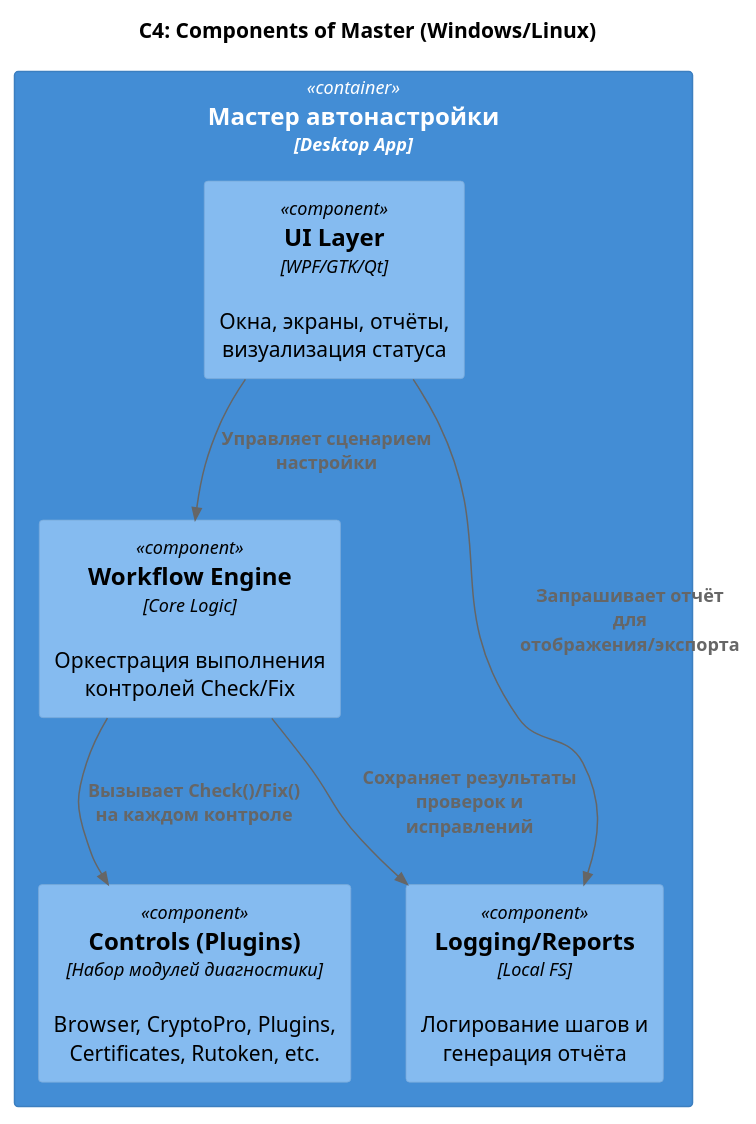
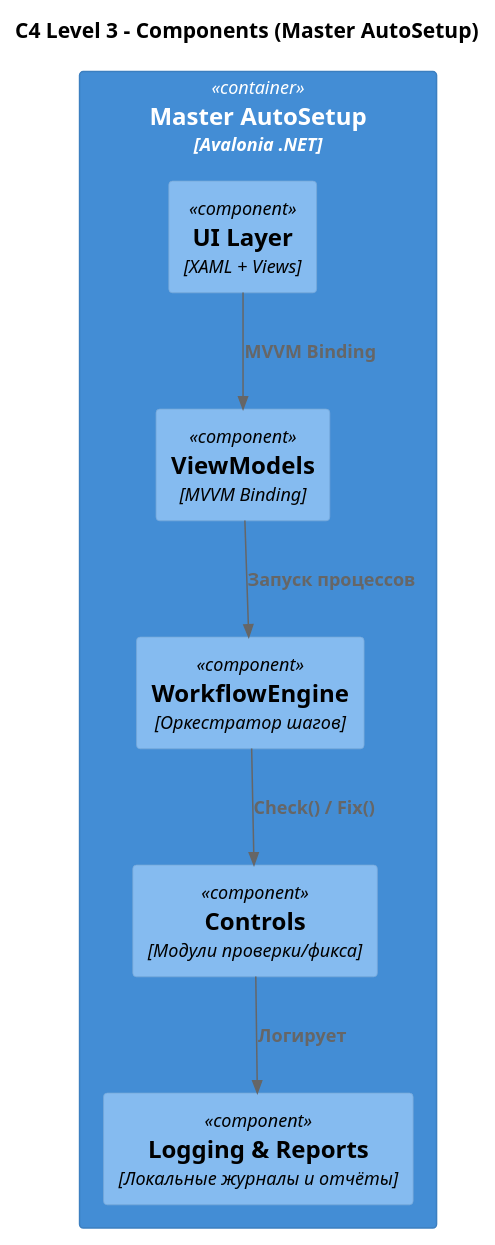
Before and after one commit to LobovVit/automatic_workplace_setup: the diagram in docs/c4/c4-level3-master-components.puml, drawn with PlantUML. The commit also changed 7 other files, not shown here.

```diff
--- a/docs/c4/c4-level3-master-components.puml
+++ b/docs/c4/c4-level3-master-components.puml
@@ -1,21 +1,20 @@
-@startuml c4-level3-master-components
+@startuml
 !include ./include/C4_Component.puml
-title C4: Components of Master (Windows/Linux)
 
-Container(master, "Мастер автонастройки", "Desktop App") {
+title C4 Level 3 – Components (Master AutoSetup)
 
-  Component(ui, "UI Layer", "WPF/GTK/Qt", "Окна, экраны, отчёты, визуализация статуса")
+Container(master, "Master AutoSetup", "Avalonia .NET") {
 
-  Component(workflow, "Workflow Engine", "Core Logic", "Оркестрация выполнения контролей Check/Fix")
-
-  Component(controls, "Controls (Plugins)", "Набор модулей диагностики", "Browser, CryptoPro, Plugins, Certificates, Rutoken, etc.")
-
-  Component(logging, "Logging/Reports", "Local FS", "Логирование шагов и генерация отчёта")
+  Component(ui, "UI Layer", "XAML + Views")
+  Component(vm, "ViewModels", "MVVM Binding")
+  Component(engine, "WorkflowEngine", "Оркестратор шагов")
+  Component(controls, "Controls", "Модули проверки/фикса")
+  Component(logging, "Logging & Reports", "Локальные журналы и отчёты")
 }
 
-Rel(ui, workflow, "Управляет сценарием настройки")
-Rel(workflow, controls, "Вызывает Check()/Fix() на каждом контроле")
-Rel(workflow, logging, "Сохраняет результаты проверок и исправлений")
-Rel(ui, logging, "Запрашивает отчёт для отображения/экспорта")
+Rel(ui, vm, "MVVM Binding")
+Rel(vm, engine, "Запуск процессов")
+Rel(engine, controls, "Check() / Fix()")
+Rel(controls, logging, "Логирует")
 
 @enduml
```
